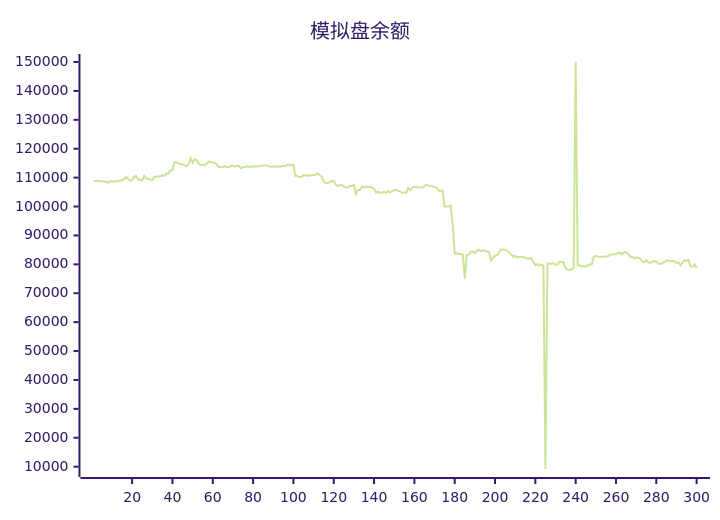
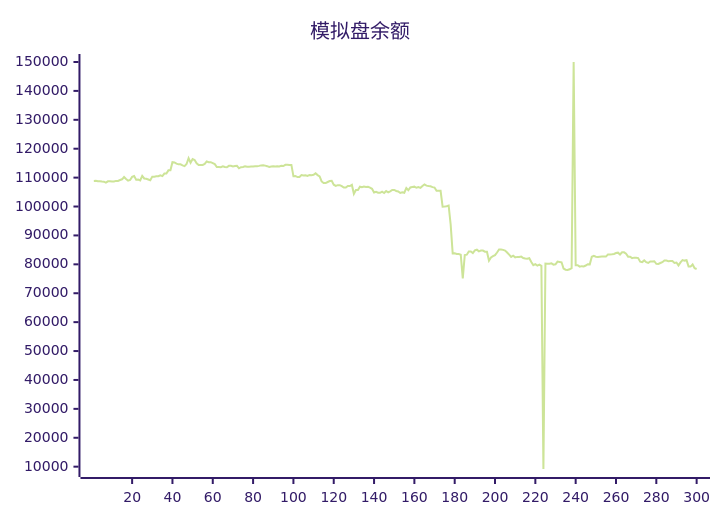
One commit to aahl/ai-trading changed the diagram in README.md. Above: the diagram before and after it, drawn with Mermaid (forest theme). The commit also changed other lines of this file and 1 other file, not shown here.

````diff
--- a/README.md
+++ b/README.md
@@ -5,5 +5,5 @@
 ```mermaid
 xychart
     title "模拟盘余额"
-    line [108864,108864,108897,108718,108760,108648,108602,108262,108718,108752,108644,108644,108863,108823,109162,109419,110224,109539,108945,109172,110262,110546,109304,109343,109053,110606,109702,109584,109337,109071,110342,110342,110488,110488,110814,110531,111421,111421,112518,112522,115341,115266,114830,114584,114588,114231,113973,114726,116697,115160,116423,116083,114950,114365,114365,114388,114730,115582,115358,115358,115032,114686,113688,113688,113610,113930,113672,113585,114083,114074,113840,113996,114051,113208,113593,113701,113901,113794,113784,113810,113848,113927,113929,114064,114232,114293,114144,113960,113698,113853,113942,113812,113908,113877,114091,113998,114427,114422,114384,114384,110477,110576,110198,110198,110890,110712,110812,110569,110929,110847,110968,111478,110870,110433,108661,108116,108115,108485,108797,108877,107536,107134,107393,107393,107046,106565,106565,107081,107081,107478,104404,105715,105749,106866,106651,106889,106771,106816,106565,106141,104876,105103,104796,104734,105169,104690,105380,104941,105272,105709,105739,105374,105227,104691,104924,104762,106364,105628,106608,106748,106872,106485,106721,106468,107132,107620,107224,107080,107001,106717,106567,105431,105431,105440,99950,100017,100113,100337,93749,83795,83807,83567,83567,83342,75168,83222,83336,84448,84449,83896,84839,85065,84499,84757,84757,84364,84347,81254,82385,82835,83184,84099,85150,85150,85002,84751,84096,83356,82582,82983,82404,82572,82512,82688,82200,82047,81920,82125,80840,79688,80060,79552,79920,79470,9193,80236,80208,80170,80336,79894,80006,80954,80837,80712,78561,78139,78037,78293,78682,150000,79720,79720,79214,79372,79279,79591,80046,79993,82625,82950,82626,82571,82633,82670,82670,82681,83386,83378,83464,83579,83920,84037,83402,84160,84142,83652,82655,82655,82145,82315,82243,82163,80934,80770,81371,80742,80468,80989,80989,81067,80191,80155,80450,80737,81309,81309,81106,81119,81119,80471,80631,79624,80670,81448,81290,81429,79212,79222,79940,78643]
+    line [108864,108897,108718,108760,108648,108602,108262,108718,108752,108644,108644,108863,108823,109162,109419,110224,109539,108945,109172,110262,110546,109304,109343,109053,110606,109702,109584,109337,109071,110342,110342,110488,110488,110814,110531,111421,111421,112518,112522,115341,115266,114830,114584,114588,114231,113973,114726,116697,115160,116423,116083,114950,114365,114365,114388,114730,115582,115358,115358,115032,114686,113688,113688,113610,113930,113672,113585,114083,114074,113840,113996,114051,113208,113593,113701,113901,113794,113784,113810,113848,113927,113929,114064,114232,114293,114144,113960,113698,113853,113942,113812,113908,113877,114091,113998,114427,114422,114384,114384,110477,110576,110198,110198,110890,110712,110812,110569,110929,110847,110968,111478,110870,110433,108661,108116,108115,108485,108797,108877,107536,107134,107393,107393,107046,106565,106565,107081,107081,107478,104404,105715,105749,106866,106651,106889,106771,106816,106565,106141,104876,105103,104796,104734,105169,104690,105380,104941,105272,105709,105739,105374,105227,104691,104924,104762,106364,105628,106608,106748,106872,106485,106721,106468,107132,107620,107224,107080,107001,106717,106567,105431,105431,105440,99950,100017,100113,100337,93749,83795,83807,83567,83567,83342,75168,83222,83336,84448,84449,83896,84839,85065,84499,84757,84757,84364,84347,81254,82385,82835,83184,84099,85150,85150,85002,84751,84096,83356,82582,82983,82404,82572,82512,82688,82200,82047,81920,82125,80840,79688,80060,79552,79920,79470,9193,80236,80208,80170,80336,79894,80006,80954,80837,80712,78561,78139,78037,78293,78682,150000,79720,79720,79214,79372,79279,79591,80046,79993,82625,82950,82626,82571,82633,82670,82670,82681,83386,83378,83464,83579,83920,84037,83402,84160,84142,83652,82655,82655,82145,82315,82243,82163,80934,80770,81371,80742,80468,80989,80989,81067,80191,80155,80450,80737,81309,81309,81106,81119,81119,80471,80631,79624,80670,81448,81290,81429,79212,79222,79940,78643,78380]
 ```
````
